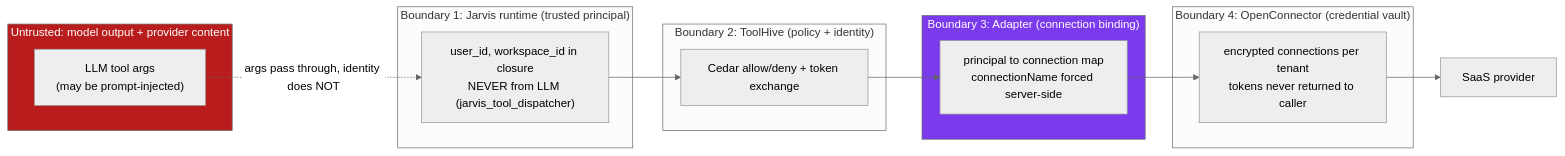
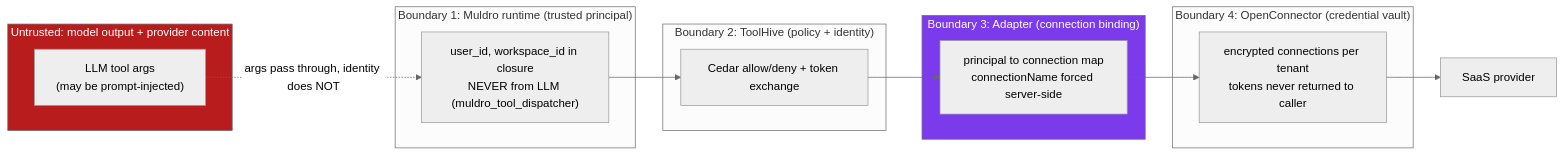
Before and after one commit to shivadharmi/muldro: the third of 13 diagrams in docs/architecture/toolhive-openconnector-assessment.md, drawn with Mermaid (neutral theme). The commit also changed other lines of this file and 359 other files, not shown here.

First line of the commit message:
chore: rebrand Jarvis to Muldro across the codebase

````diff
--- a/docs/architecture/toolhive-openconnector-assessment.md
+++ b/docs/architecture/toolhive-openconnector-assessment.md
@@ -226,28 +226,28 @@
 ```mermaid
 flowchart LR
     subgraph UNTRUSTED["Untrusted: model output + provider content"]
         LLM["LLM tool args<br/>(may be prompt-injected)"]
     end
 
-    subgraph B1["Boundary 1: Jarvis runtime (trusted principal)"]
-        CTX["user_id, workspace_id in closure<br/>NEVER from LLM (jarvis_tool_dispatcher)"]
+    subgraph B1["Boundary 1: Muldro runtime (trusted principal)"]
+        CTX["user_id, workspace_id in closure<br/>NEVER from LLM (muldro_tool_dispatcher)"]
     end
 
     subgraph B2["Boundary 2: ToolHive (policy + identity)"]
         POL["Cedar allow/deny + token exchange"]
     end
 
     subgraph B3["Boundary 3: Adapter (connection binding)"]
         BIND["principal to connection map<br/>connectionName forced server-side"]
     end
 
     subgraph B4["Boundary 4: OpenConnector (credential vault)"]
         VAULT["encrypted connections per tenant<br/>tokens never returned to caller"]
     end
 
     LLM -.->|"args pass through, identity does NOT"| CTX
     CTX --> POL --> BIND --> VAULT --> SAAS["SaaS provider"]
 
     style UNTRUSTED fill:#b91c1c,color:#fff
     style B3 fill:#7c3aed,color:#fff
 ```
````
